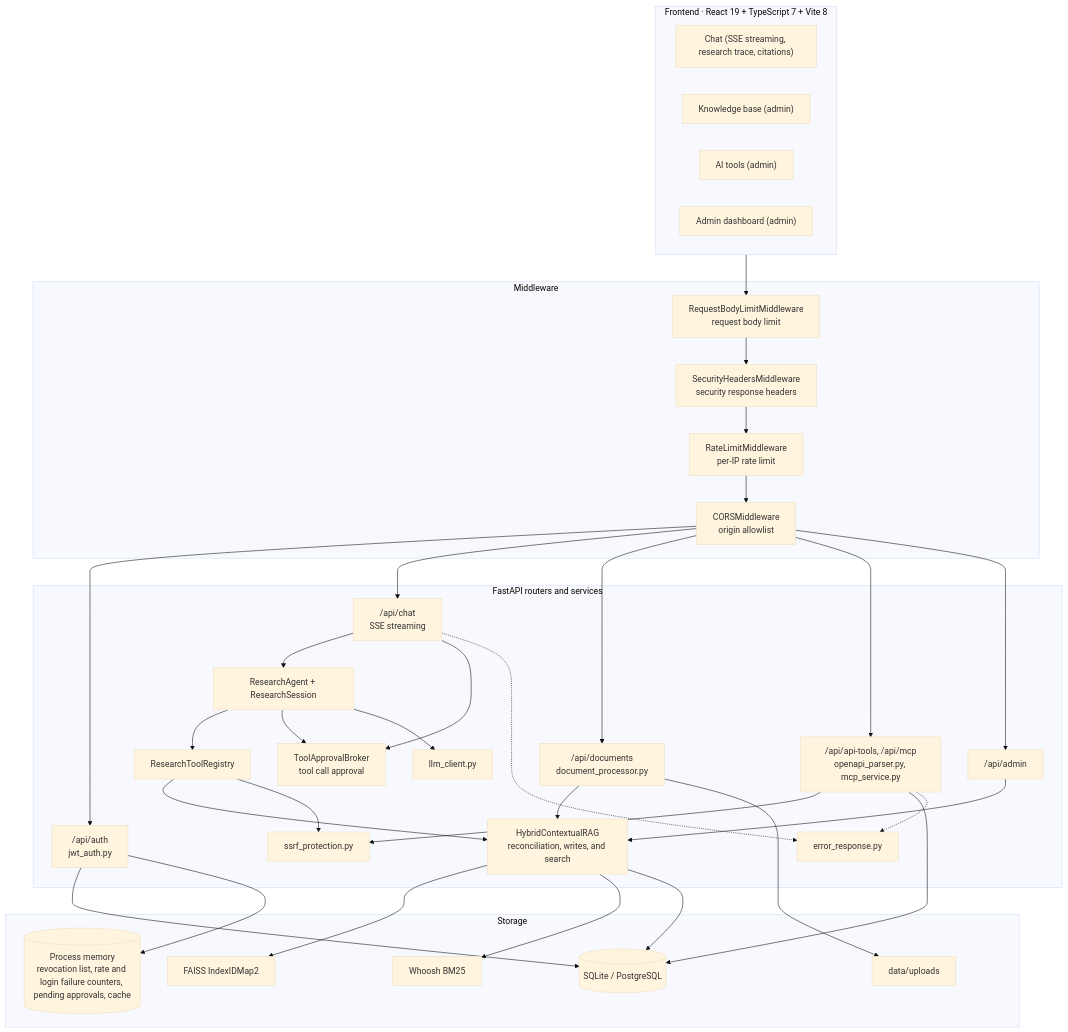
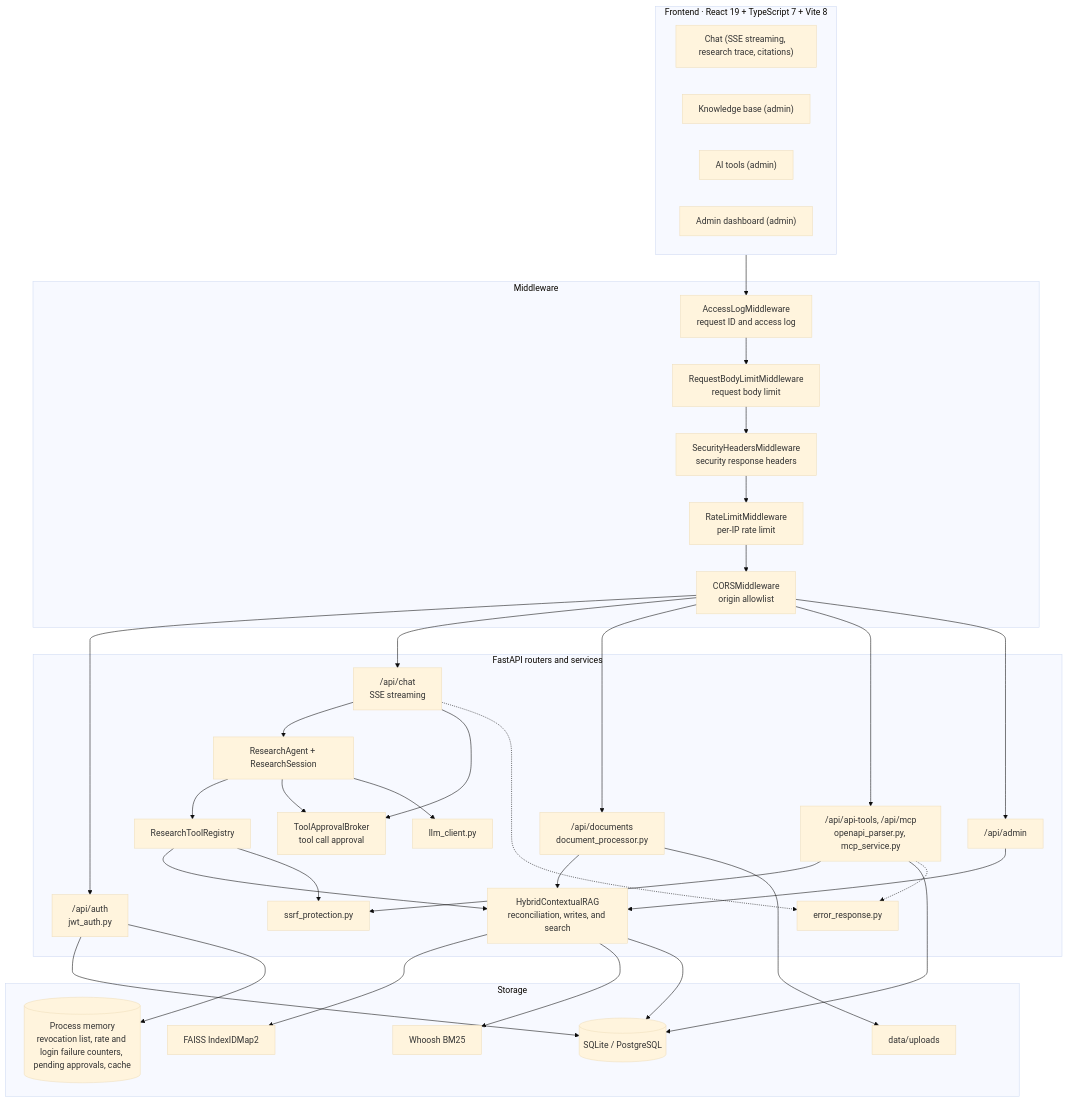
Before and after one commit to Scorpio-meow/AskMiao: the first of 9 diagrams in docs/architecture_en.md, drawn with Mermaid (base theme). The commit also changed other lines of this file and 163 other files, not shown here.

````diff
--- a/docs/architecture_en.md
+++ b/docs/architecture_en.md
@@ -30,59 +30,60 @@
 ```mermaid
 flowchart TB
     subgraph Client ["Frontend · React 19 + TypeScript 7 + Vite 8"]
         ChatUI["Chat (SSE streaming, research trace, citations)"]
         DocsUI["Knowledge base (admin)"]
         ToolsUI["AI tools (admin)"]
         AdminUI["Admin dashboard (admin)"]
     end
 
     subgraph Gateway ["Middleware"]
+        AccessLog["AccessLogMiddleware<br/>request ID and access log"]
         BodyLimit["RequestBodyLimitMiddleware<br/>request body limit"]
         SecHeaders["SecurityHeadersMiddleware<br/>security response headers"]
         RateLimit["RateLimitMiddleware<br/>per-IP rate limit"]
         CORS["CORSMiddleware<br/>origin allowlist"]
     end
 
     subgraph Backend ["FastAPI routers and services"]
         AuthAPI["/api/auth<br/>jwt_auth.py"]
         ChatAPI["/api/chat<br/>SSE streaming"]
         DocAPI["/api/documents<br/>document_processor.py"]
         ToolAPI["/api/api-tools, /api/mcp<br/>openapi_parser.py, mcp_service.py"]
         AdminAPI["/api/admin"]
         RAG["HybridContextualRAG<br/>reconciliation, writes, and search"]
         Agent["ResearchAgent + ResearchSession"]
         Approval["ToolApprovalBroker<br/>tool call approval"]
         Registry["ResearchToolRegistry"]
         LLM["llm_client.py"]
         SSRF["ssrf_protection.py"]
         Err["error_response.py"]
     end
 
     subgraph Storage ["Storage"]
         DB[("SQLite / PostgreSQL")]
         FAISS["FAISS IndexIDMap2"]
         BM25["Whoosh BM25"]
         Files["data/uploads"]
         Mem[("Process memory<br/>revocation list, rate and login failure counters, pending approvals, cache")]
     end
 
-    Client --> BodyLimit --> SecHeaders --> RateLimit --> CORS
+    Client --> AccessLog --> BodyLimit --> SecHeaders --> RateLimit --> CORS
     CORS --> AuthAPI & ChatAPI & DocAPI & ToolAPI & AdminAPI
     ChatAPI --> Agent --> Registry
     Agent --> Approval
     ChatAPI --> Approval
     Agent --> LLM
     Registry --> RAG
     Registry --> SSRF
     ToolAPI --> SSRF
     DocAPI --> RAG
     AdminAPI --> RAG
     RAG --> FAISS & BM25
     RAG --> DB
     DocAPI --> Files
     AuthAPI --> DB
     AuthAPI --> Mem
     ToolAPI --> DB
     ChatAPI -.-> Err
     ToolAPI -.-> Err
 ```
````
